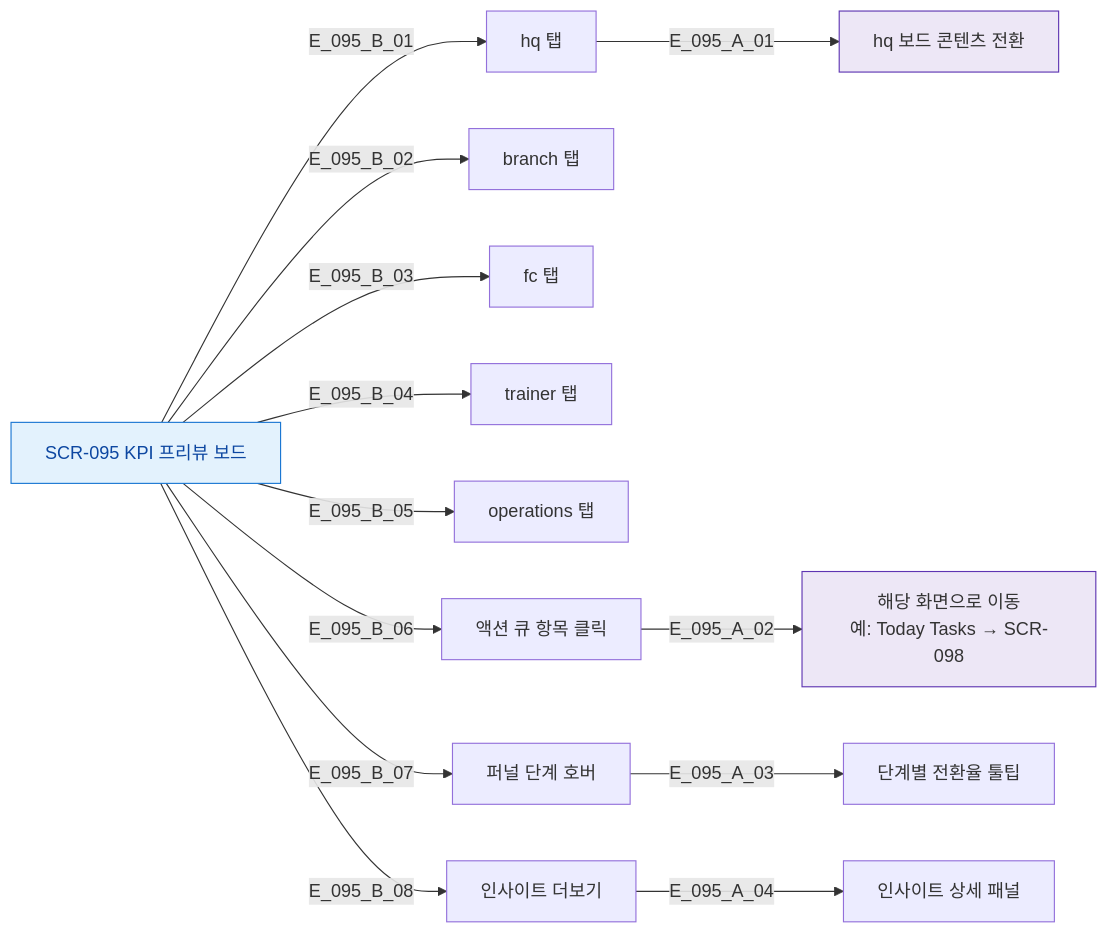
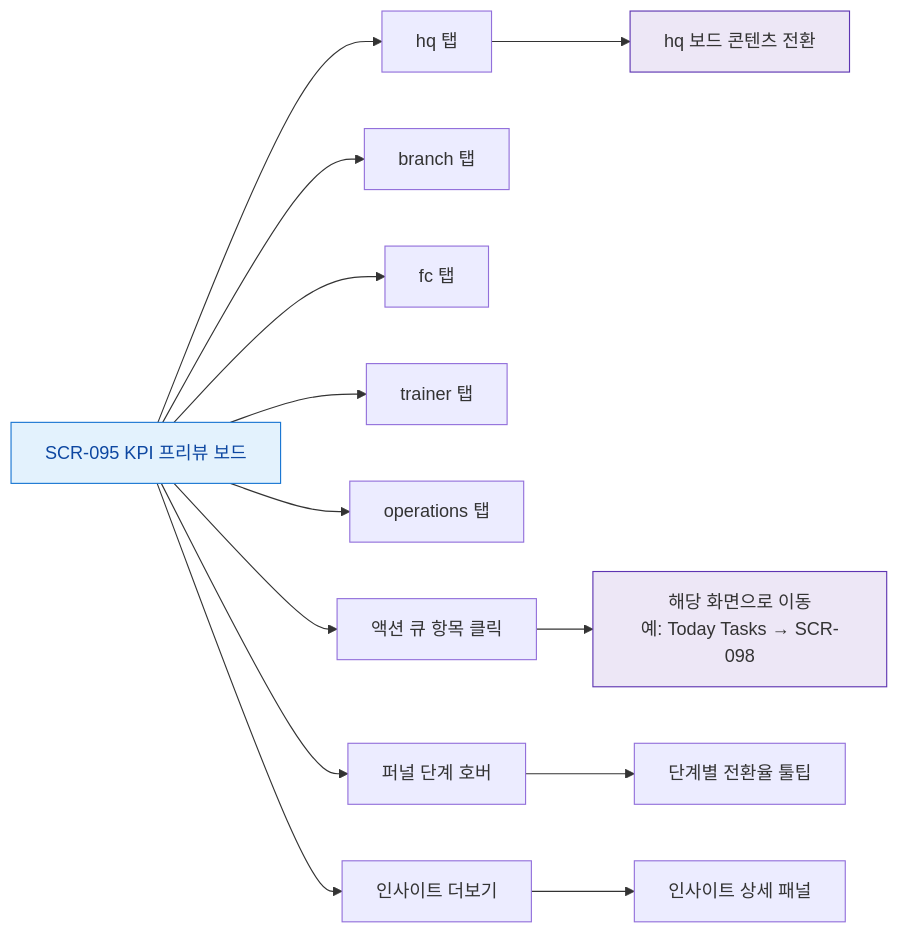
One commit to dev-spogym/admin-pando changed the diagram in docs/다이어그램/D10_본사관리/SCR-095_KPI프리뷰보드/F3_버튼액션.md. Above: the diagram before and after it, drawn with Mermaid. The commit also changed other lines of this file and 1660 other files, not shown here.

First line of the commit message:
다이어그램: 기획자/클라이언트 납품본으로 정리

````diff
--- a/docs/다이어그램/D10_본사관리/SCR-095_KPI프리뷰보드/F3_버튼액션.md
+++ b/docs/다이어그램/D10_본사관리/SCR-095_KPI프리뷰보드/F3_버튼액션.md
@@ -14,24 +12,24 @@
 ```mermaid
 flowchart LR
   SCR_095[SCR-095 KPI 프리뷰 보드]
 
-  SCR_095 -->|E_095_B_01| BTN_TAB_HQ[hq 탭]
-  SCR_095 -->|E_095_B_02| BTN_TAB_BRANCH[branch 탭]
-  SCR_095 -->|E_095_B_03| BTN_TAB_FC[fc 탭]
-  SCR_095 -->|E_095_B_04| BTN_TAB_TRAINER[trainer 탭]
-  SCR_095 -->|E_095_B_05| BTN_TAB_OPS[operations 탭]
-  SCR_095 -->|E_095_B_06| BTN_ACTION[액션 큐 항목 클릭]
-  SCR_095 -->|E_095_B_07| BTN_FUNNEL_HOVER[퍼널 단계 호버]
-  SCR_095 -->|E_095_B_08| BTN_INSIGHT[인사이트 더보기]
+  SCR_095 --> BTN_TAB_HQ[hq 탭]
+  SCR_095 --> BTN_TAB_BRANCH[branch 탭]
+  SCR_095 --> BTN_TAB_FC[fc 탭]
+  SCR_095 --> BTN_TAB_TRAINER[trainer 탭]
+  SCR_095 --> BTN_TAB_OPS[operations 탭]
+  SCR_095 --> BTN_ACTION[액션 큐 항목 클릭]
+  SCR_095 --> BTN_FUNNEL_HOVER[퍼널 단계 호버]
+  SCR_095 --> BTN_INSIGHT[인사이트 더보기]
 
-  BTN_TAB_HQ -->|E_095_A_01| ACT_HQ[hq 보드 콘텐츠 전환]
-  BTN_ACTION -->|E_095_A_02| ACT_NAV[해당 화면으로 이동\n예: Today Tasks → SCR-098]
-  BTN_FUNNEL_HOVER -->|E_095_A_03| TOOLTIP[단계별 전환율 툴팁]
-  BTN_INSIGHT -->|E_095_A_04| ACT_INSIGHT[인사이트 상세 패널]
+  BTN_TAB_HQ --> ACT_HQ[hq 보드 콘텐츠 전환]
+  BTN_ACTION --> ACT_NAV[해당 화면으로 이동\n예: Today Tasks → SCR-098]
+  BTN_FUNNEL_HOVER --> TOOLTIP[단계별 전환율 툴팁]
+  BTN_INSIGHT --> ACT_INSIGHT[인사이트 상세 패널]
 
   classDef screen fill:#E3F2FD,stroke:#1976D2,color:#0D47A1
   classDef system fill:#EDE7F6,stroke:#5E35B2
 
   class SCR_095 screen
   class ACT_HQ,ACT_NAV system
 ```
````
